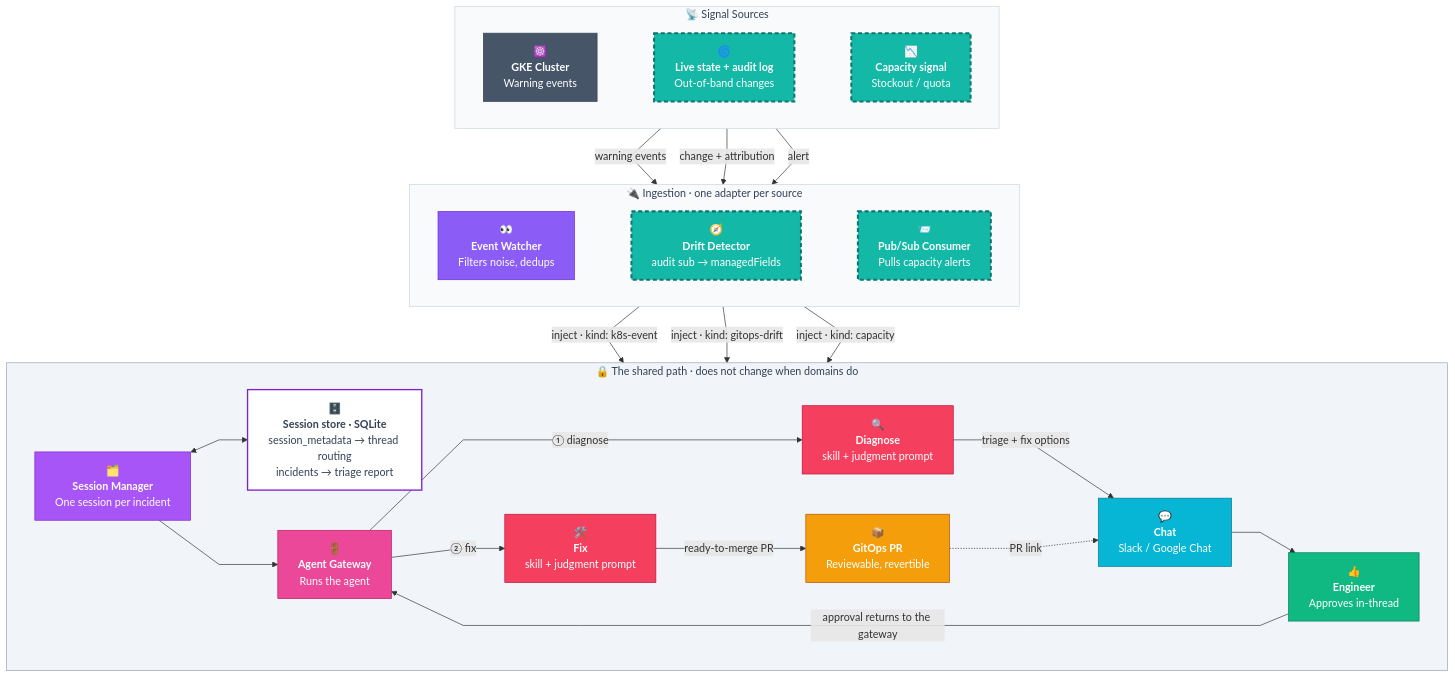
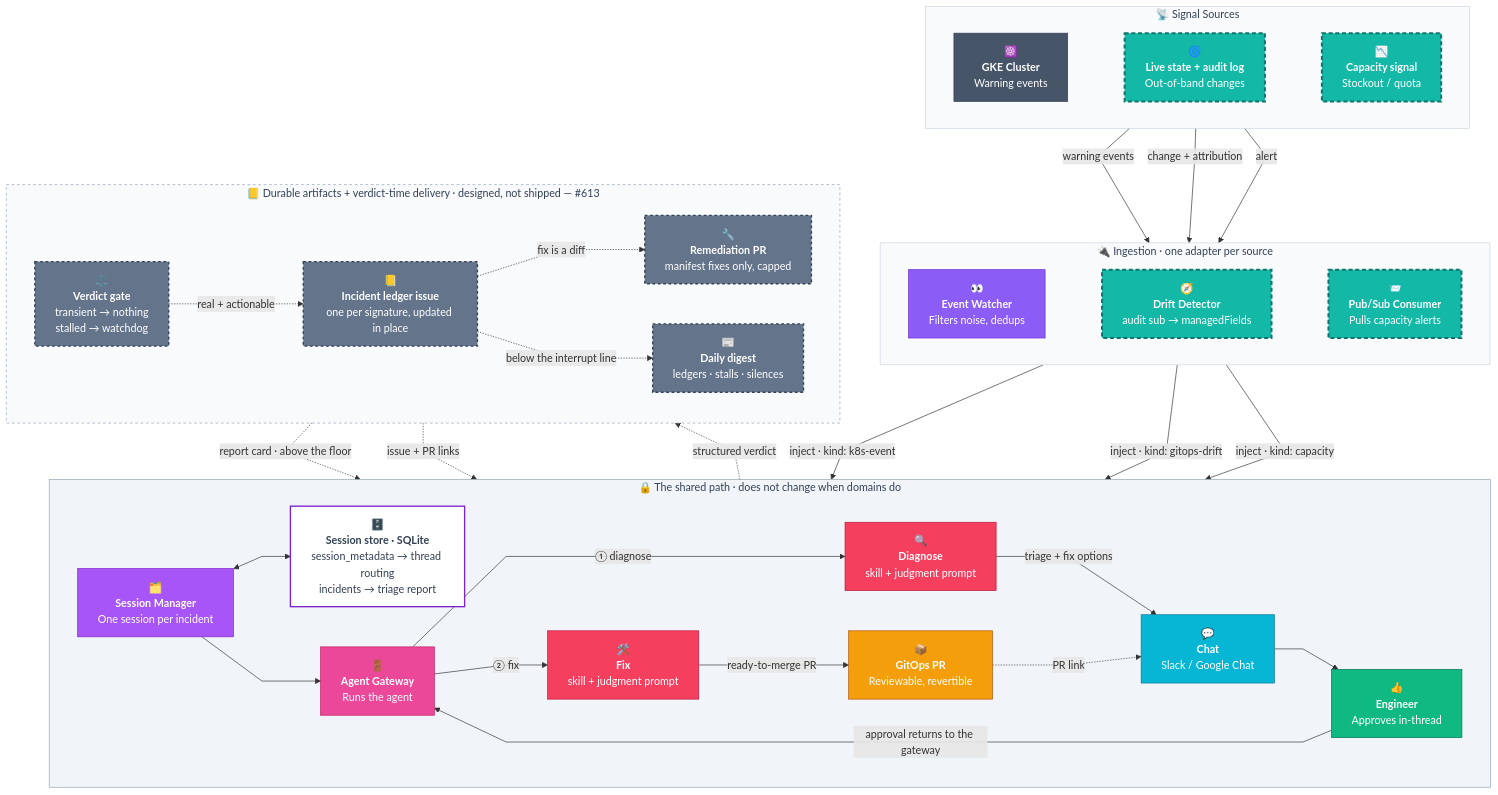
Before and after one commit to gke-labs/kube-agents: the diagram in agents/platform/docs/autoops-architecture.md, drawn with Mermaid. The commit also changed other lines of this file and 1 other file, not shown here.

First line of the commit message:
docs(autoops): design the incident ledger, verdict-time delivery, and silence flow

````diff
--- a/agents/platform/docs/autoops-architecture.md
+++ b/agents/platform/docs/autoops-architecture.md
@@ -57,6 +57,21 @@
 
     FIX -.->|PR link| CHAT
 
+    subgraph DURABLE["📒 Durable artifacts + verdict-time delivery · designed, not shipped — #613"]
+        direction LR
+        VERD["⚖️<br/><b>Verdict gate</b><br/>transient → nothing<br/>stalled → watchdog"]
+        ILED["📒<br/><b>Incident ledger issue</b><br/>one per signature, updated in place"]
+        RPR["🔧<br/><b>Remediation PR</b><br/>manifest fixes only, capped"]
+        DIG["📰<br/><b>Daily digest</b><br/>ledgers · stalls · silences"]
+        VERD -.->|real + actionable| ILED
+        ILED -.->|fix is a diff| RPR
+        ILED -.->|below the interrupt line| DIG
+    end
+
+    DIAG -.->|structured verdict| VERD
+    VERD -.->|report card · above the floor| CHAT
+    ILED -.->|issue + PR links| CHAT
+
     classDef live fill:#475569,stroke:#334155,color:#fff;
     classDef newdom fill:#14B8A6,stroke:#0F766E,stroke-width:3px,color:#fff,stroke-dasharray:6 4;
     classDef ingest fill:#8B5CF6,stroke:#6D28D9,color:#fff;
@@ -78,8 +93,11 @@
     class CHAT chat;
     class HUMAN human;
     class FIX fix;
+    classDef designed fill:#64748B,stroke:#334155,stroke-width:2px,color:#fff,stroke-dasharray:4 4;
+    class VERD,ILED,RPR,DIG designed;
 
     style SOURCES fill:#F8FAFC,stroke:#CBD5E1,color:#334155
     style INGEST fill:#F8FAFC,stroke:#CBD5E1,color:#334155
     style SPINE fill:#F1F5F9,stroke:#94A3B8,color:#334155
+    style DURABLE fill:#F8FAFC,stroke:#94A3B8,stroke-dasharray:4 4,color:#334155
 ```
````
